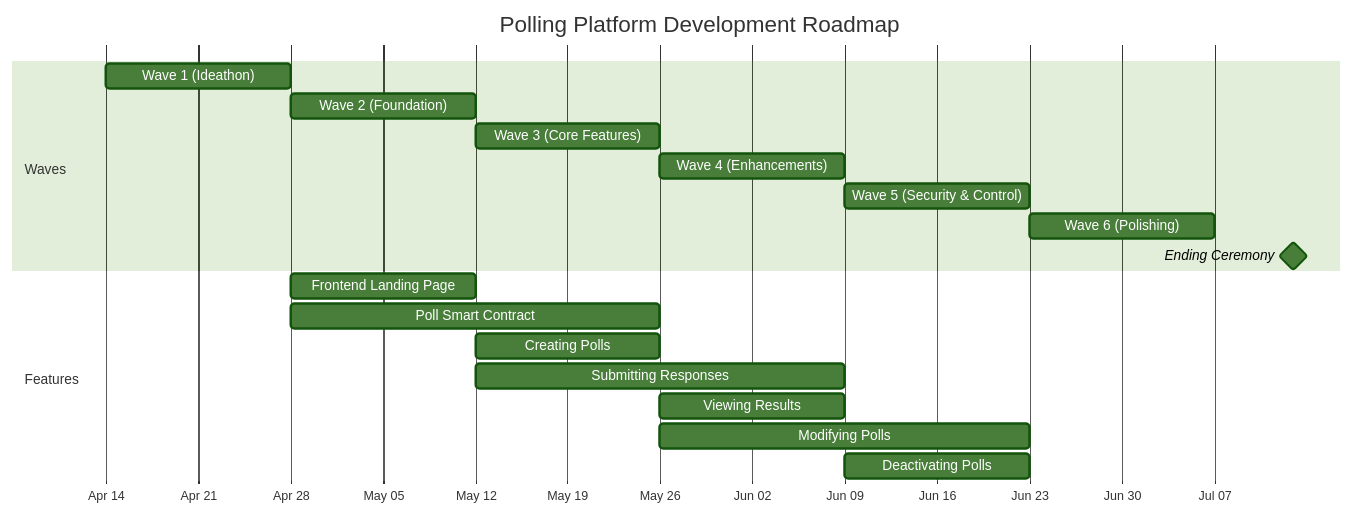
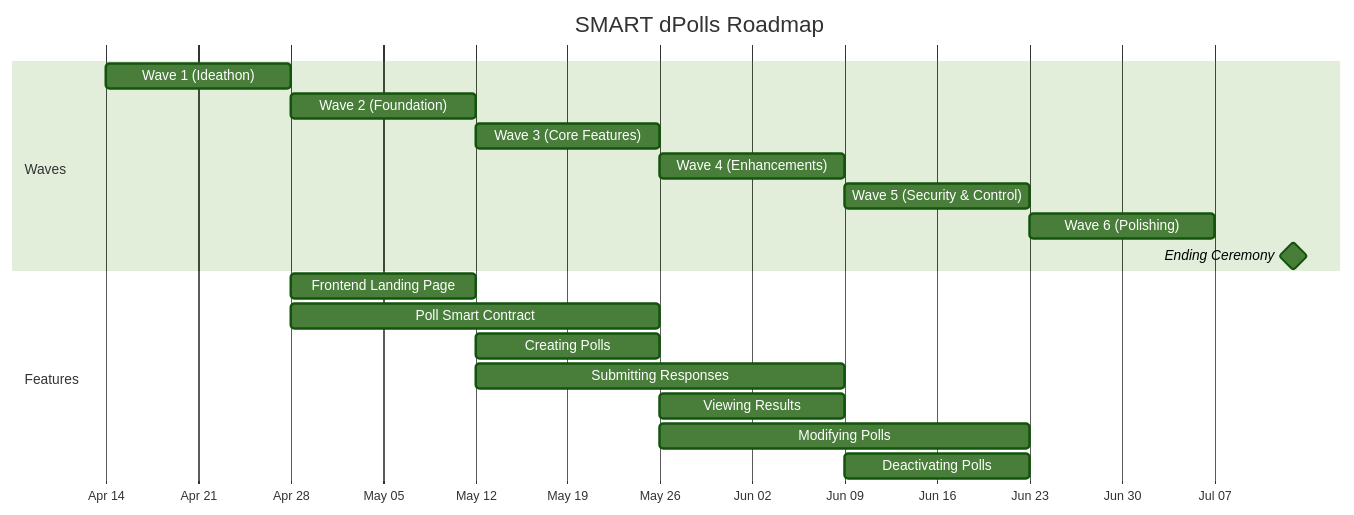
The diagram in README.md (dpolls/dpolls), drawn with Mermaid (forest theme) before and after one commit.

````diff
--- a/README.md
+++ b/README.md
@@ -9,25 +9,25 @@
 ```mermaid
 %% Roadmap Timeline (Gantt Chart)
 gantt
-    title Polling Platform Development Roadmap
+    title SMART dPolls Roadmap
     dateFormat  YYYY-MM-DD
     axisFormat %b %d
 
     section Waves
     Wave 1 (Ideathon)          :a1, 2024-04-14, 14d
     Wave 2 (Foundation)        :a2, after a1, 14d
     Wave 3 (Core Features)     :a3, after a2, 14d
     Wave 4 (Enhancements)      :a4, after a3, 14d
     Wave 5 (Security & Control):a5, after a4, 14d
     Wave 6 (Polishing)         :a6, after a5, 14d
     Ending Ceremony            :milestone, 2024-07-13, 0d
 
     section Features
     Frontend Landing Page     :b1, 2024-04-28, 14d
     Poll Smart Contract       :b2, 2024-04-28, 28d
     Creating Polls            :b3, 2024-05-12, 14d
     Submitting Responses      :b4, 2024-05-12, 28d
     Viewing Results           :b5, 2024-05-26, 14d
     Modifying Polls           :b6, 2024-05-26, 28d
     Deactivating Polls        :b7, 2024-06-09, 14d
 ```
````
